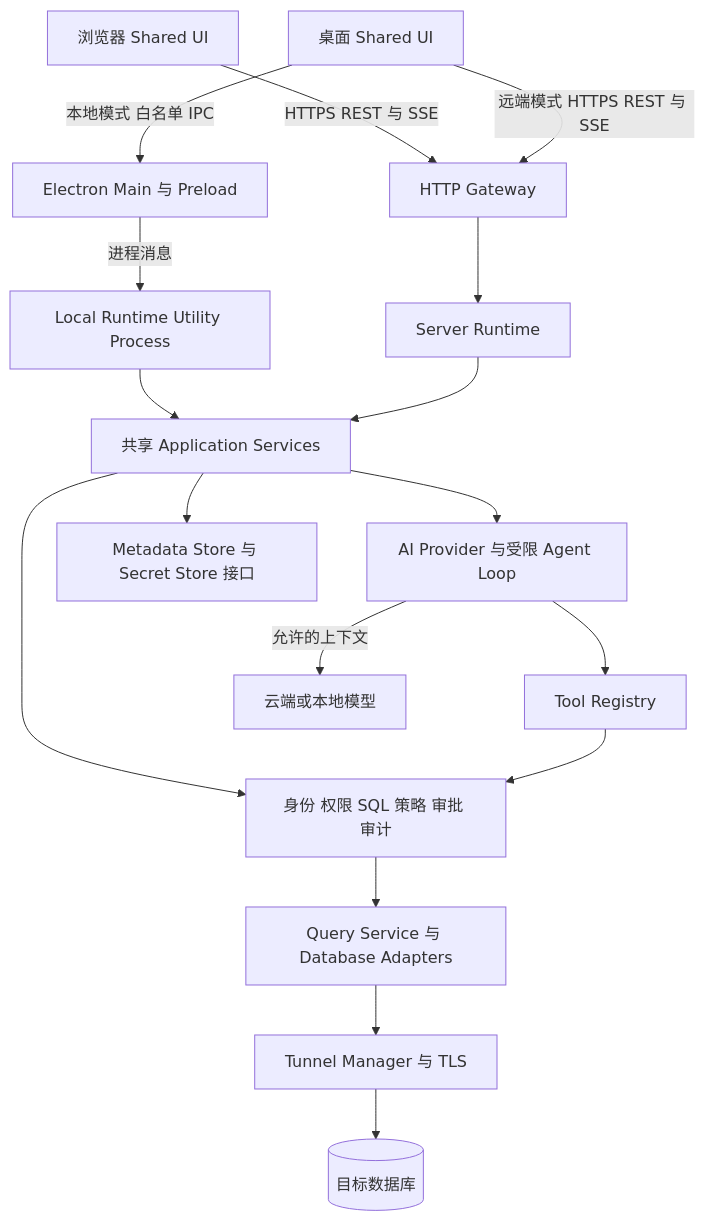
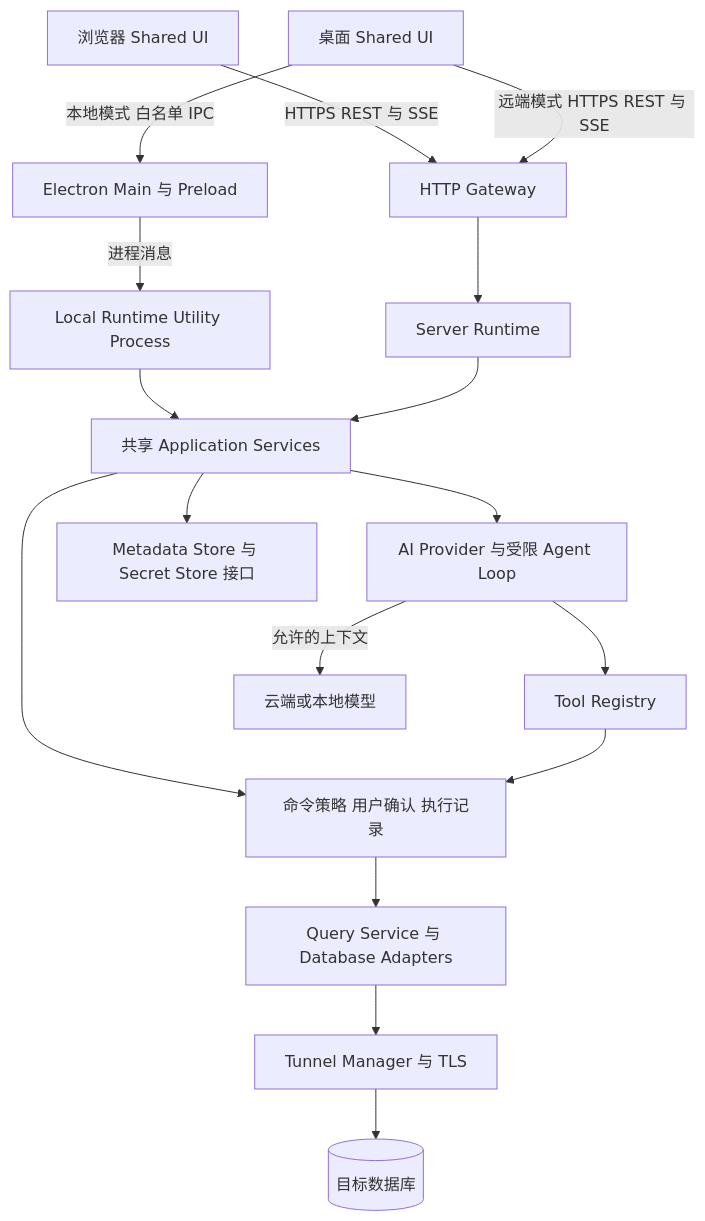
One commit to uncooked-rice-ningshuo/DBPilot changed the first of 4 diagrams in docs/AI数据库管理工具总体技术架构设计.md. Above: the diagram before and after it, drawn with Mermaid. The commit also changed other lines of this file and 182 other files, not shown here.

````diff
--- a/docs/AI数据库管理工具总体技术架构设计.md
+++ b/docs/AI数据库管理工具总体技术架构设计.md
@@ -54,19 +55,19 @@
 ```mermaid
 flowchart TB
   WEB[浏览器 Shared UI] -->|HTTPS REST 与 SSE| HTTP[HTTP Gateway]
   DESK[桌面 Shared UI] -->|本地模式 白名单 IPC| MAIN[Electron Main 与 Preload]
   DESK -->|远端模式 HTTPS REST 与 SSE| HTTP
   MAIN -->|进程消息| LOCAL[Local Runtime Utility Process]
   HTTP --> SERVER[Server Runtime]
   LOCAL --> APP[共享 Application Services]
   SERVER --> APP
-  APP --> POLICY[身份 权限 SQL 策略 审批 审计]
+  APP --> POLICY[命令策略 用户确认 执行记录]
   APP --> AI[AI Provider 与受限 Agent Loop]
   AI --> TOOLS[Tool Registry]
   TOOLS --> POLICY
   POLICY --> DB[Query Service 与 Database Adapters]
   DB --> NET[Tunnel Manager 与 TLS]
   NET --> TARGET[(目标数据库)]
   APP --> STORE[Metadata Store 与 Secret Store 接口]
   AI -->|允许的上下文| MODEL[云端或本地模型]
 ```
````
